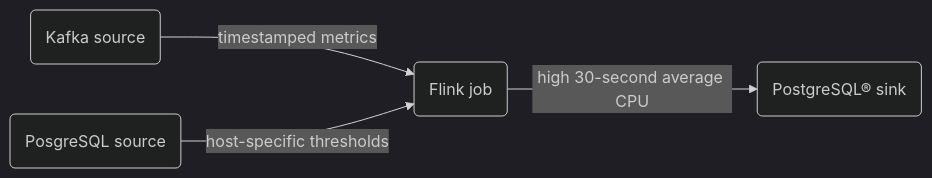
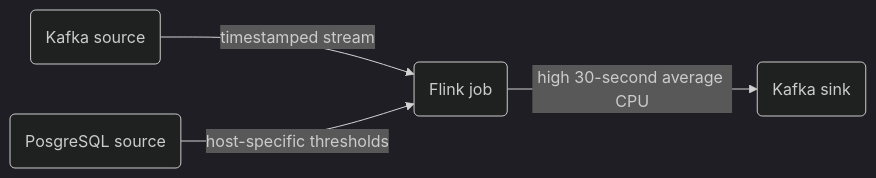
The fifth of 5 diagrams in docs/products/flink/howto/real-time-alerting-solution-cli.rst (aiven/devportal), drawn with Mermaid (dark theme) before and after one commit. The commit also changed other lines of this file and 1 other file, not shown here.

Commit message:
Fixing warnings and mermaid graphs

```diff
--- a/docs/products/flink/howto/real-time-alerting-solution-cli.rst
+++ b/docs/products/flink/howto/real-time-alerting-solution-cli.rst
@@ -456,7 +456,7 @@
 .. mermaid::
 
     graph LR;
 
-        id1(Kafka source)-- timestamped metrics -->id3(Flink job);
+        id1(Kafka source)-- timestamped stream -->id3(Flink job);
 		id2(PosgreSQL source)-- host-specific thresholds -->id3;
-        id3-- high 30-second average CPU -->id4(PostgreSQL® sink);
+        id3-- high 30-second average CPU -->id4(Kafka sink);
```
